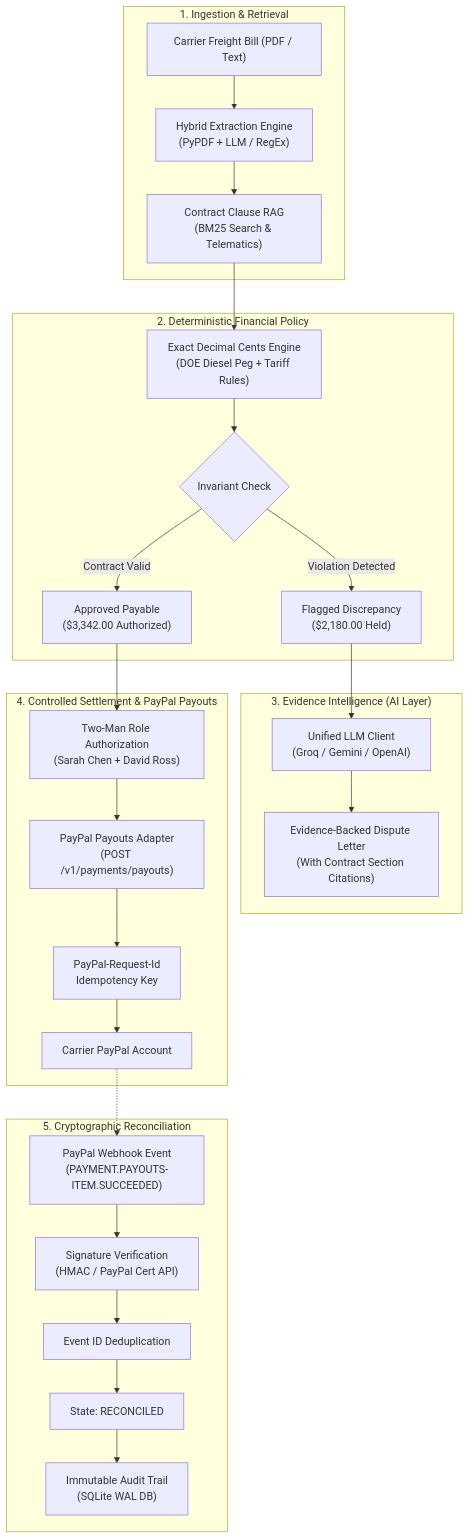
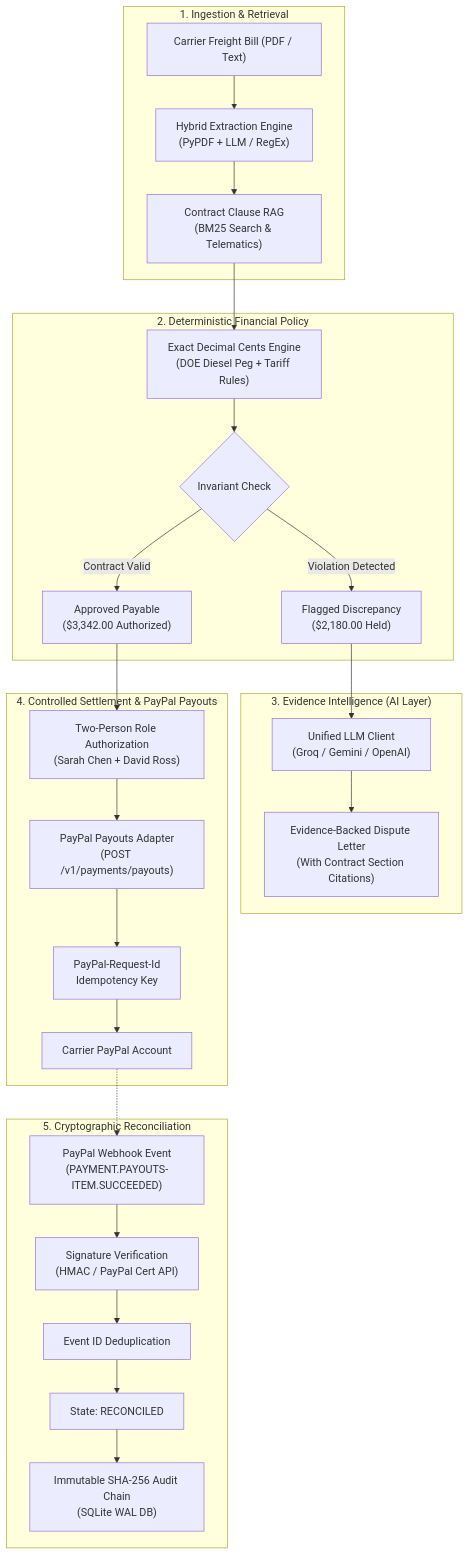
The diagram in README.md (yatish-code26/PayPal), drawn with Mermaid before and after one commit. The commit also changed other lines of this file and 22 other files, not shown here.

````diff
--- a/README.md
+++ b/README.md
@@ -51,34 +51,34 @@
 ```mermaid
 flowchart TD
     subgraph INGESTION["1. Ingestion & Retrieval"]
         A["Carrier Freight Bill (PDF / Text)"] --> B["Hybrid Extraction Engine\n(PyPDF + LLM / RegEx)"]
         B --> C["Contract Clause RAG\n(BM25 Search & Telematics)"]
     end
 
     subgraph POLICY["2. Deterministic Financial Policy"]
         C --> D["Exact Decimal Cents Engine\n(DOE Diesel Peg + Tariff Rules)"]
         D --> E{"Invariant Check"}
         E -->|"Violation Detected"| F["Flagged Discrepancy\n($2,180.00 Held)"]
         E -->|"Contract Valid"| G["Approved Payable\n($3,342.00 Authorized)"]
     end
 
     subgraph AI_LAYER["3. Evidence Intelligence (AI Layer)"]
         F --> H["Unified LLM Client\n(Groq / Gemini / OpenAI)"]
         H --> I["Evidence-Backed Dispute Letter\n(With Contract Section Citations)"]
     end
 
     subgraph SETTLEMENT["4. Controlled Settlement & PayPal Payouts"]
-        G --> J["Two-Man Role Authorization\n(Sarah Chen + David Ross)"]
+        G --> J["Two-Person Role Authorization\n(Sarah Chen + David Ross)"]
         J --> K["PayPal Payouts Adapter\n(POST /v1/payments/payouts)"]
         K --> L["PayPal-Request-Id\nIdempotency Key"]
         L --> M["Carrier PayPal Account"]
     end
 
     subgraph RECONCILIATION["5. Cryptographic Reconciliation"]
         M -.-> N["PayPal Webhook Event\n(PAYMENT.PAYOUTS-ITEM.SUCCEEDED)"]
         N --> O["Signature Verification\n(HMAC / PayPal Cert API)"]
         O --> P["Event ID Deduplication"]
         P --> Q["State: RECONCILED"]
-        Q --> R["Immutable Audit Trail\n(SQLite WAL DB)"]
+        Q --> R["Immutable SHA-256 Audit Chain\n(SQLite WAL DB)"]
     end
 ```
````
